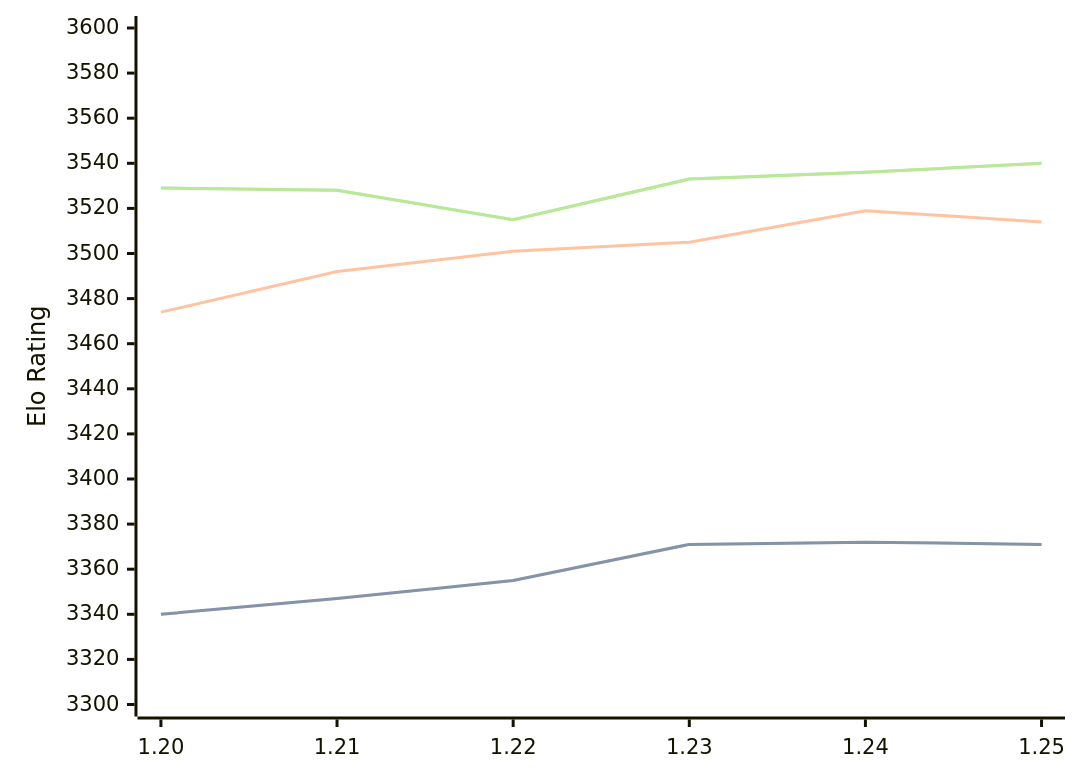
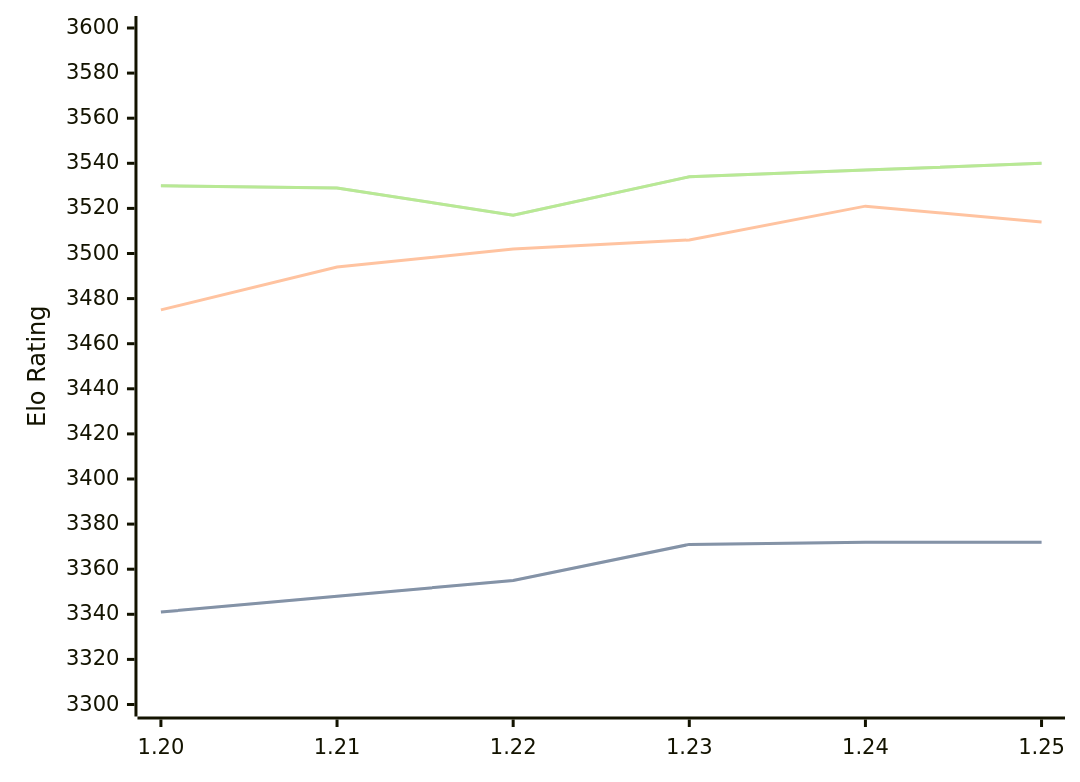
Before and after one commit to computer-chess-index/cci: the first of 3 diagrams in engines/Caissa.md, drawn with Mermaid. The commit also changed other lines of this file, not shown here.

Commit message:
Update CCI Ratings (ELO VLTC) - 2026-06-22

````diff
--- a/engines/Caissa.md
+++ b/engines/Caissa.md
@@ -65,11 +65,11 @@
 ```mermaid
 %%{init: {"theme":"base","themeVariables":{"seriesColors:['#a3a3a3','#222221','#faa371']}}}%%
 xychart-beta
   x-axis ["1.20", "1.21", "1.22", "1.23", "1.24", "1.25"]
   y-axis "Elo Rating" 3300 --> 3600
-  line "STC (8.0+0.08s)" [3340, 3347, 3355, 3371, 3372, 3371]
-  line "STC (8.0+0.08s)" [3340, 3347, 3355, 3371, 3372, 3371]
-  line "LTC (60.0+0.60s)" [3474, 3492, 3501, 3505, 3519, 3514]
-  line "VLTC (2m24s+1.12s)" [3529, 3528, 3515, 3533, 3536, 3540]
-  line "VLTC (2m24s+1.12s)" [3529, 3528, 3515, 3533, 3536, 3540]
+  line "STC (8.0+0.08s)" [3341, 3348, 3355, 3371, 3372, 3372]
+  line "STC (8.0+0.08s)" [3341, 3348, 3355, 3371, 3372, 3372]
+  line "LTC (60.0+0.60s)" [3475, 3494, 3502, 3506, 3521, 3514]
+  line "VLTC (2m24s+1.12s)" [3530, 3529, 3517, 3534, 3537, 3540]
+  line "VLTC (2m24s+1.12s)" [3530, 3529, 3517, 3534, 3537, 3540]
 ```
````
